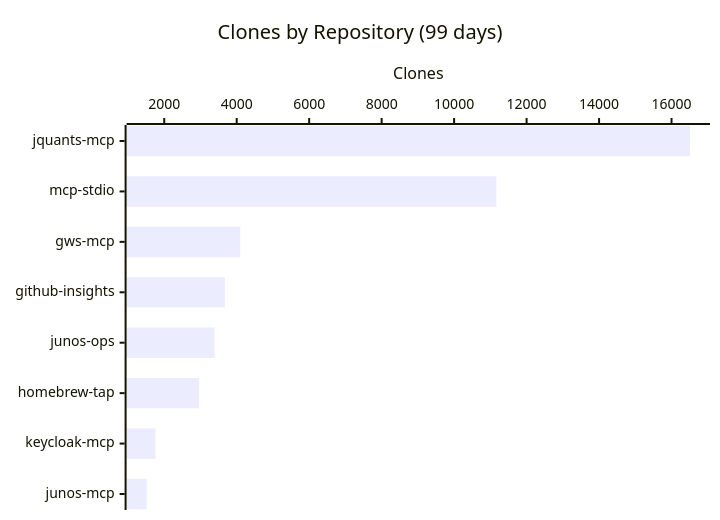
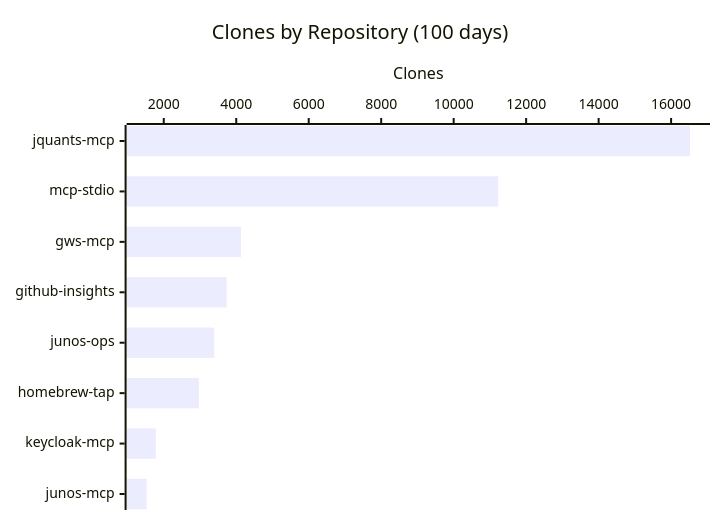
Before and after one commit to shigechika/github-insights: the third of 3 diagrams in README.md, drawn with Mermaid. The commit also changed other lines of this file and 2 other files, not shown here.

````diff
--- a/README.md
+++ b/README.md
@@ -43,7 +43,7 @@
 ```mermaid
 xychart-beta horizontal
-    title "Clones by Repository (99 days)"
+    title "Clones by Repository (100 days)"
     x-axis ["jquants-mcp", "mcp-stdio", "gws-mcp", "github-insights", "junos-ops", "homebrew-tap", "keycloak-mcp", "junos-mcp"]
     y-axis "Clones"
-    bar [16509, 11168, 4099, 3672, 3391, 2964, 1759, 1514]
+    bar [16521, 11228, 4130, 3736, 3394, 2969, 1782, 1527]
 ```
````
